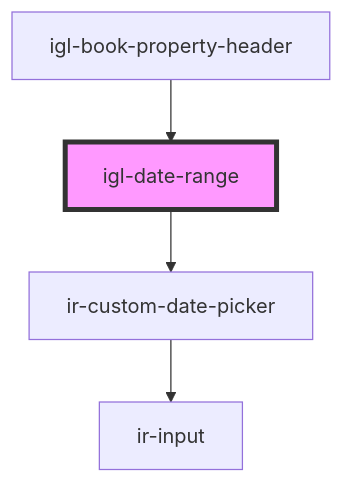
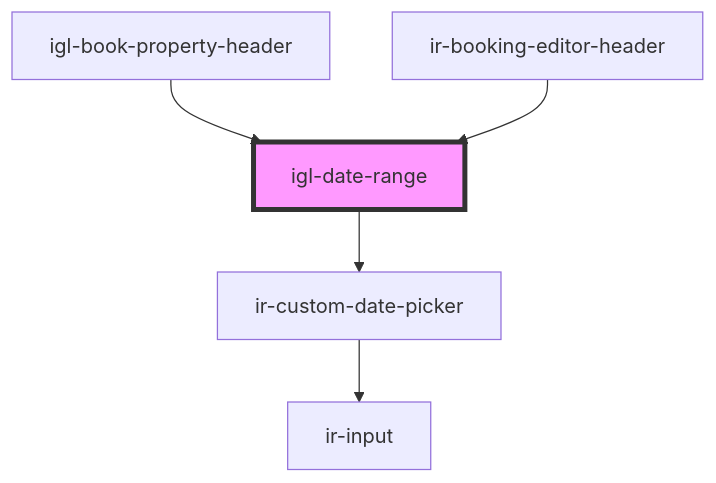
The diagram in src/components/igloo-calendar/igl-date-range/readme.md (David1Chowaifaty/modified-ir-webcmp), drawn with Mermaid before and after one commit. The commit also changed other lines of this file and 56 other files, not shown here.

First line of the commit message:
Enhance IrBookingEditor and related components with new validation and input handling

````diff
--- a/src/components/igloo-calendar/igl-date-range/readme.md
+++ b/src/components/igloo-calendar/igl-date-range/readme.md
@@ -41,7 +44,8 @@
 ```mermaid
 graph TD;
   igl-date-range --> ir-custom-date-picker
   ir-custom-date-picker --> ir-input
   igl-book-property-header --> igl-date-range
+  ir-booking-editor-header --> igl-date-range
   style igl-date-range fill:#f9f,stroke:#333,stroke-width:4px
 ```
````
